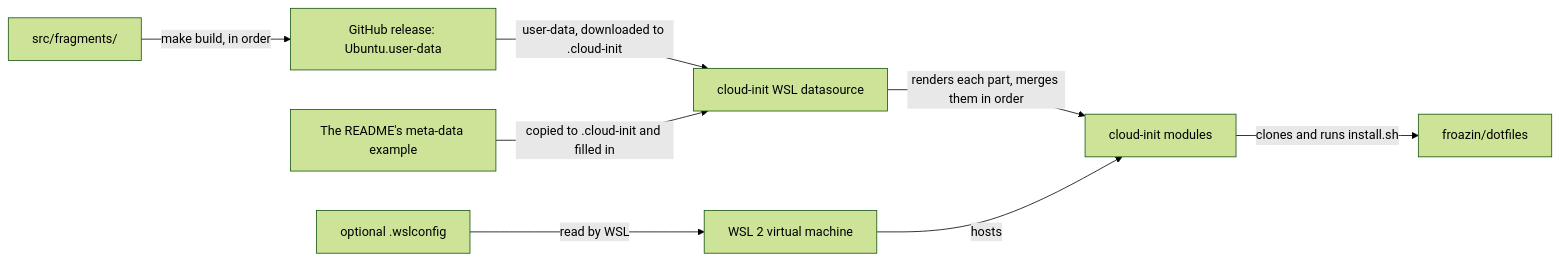
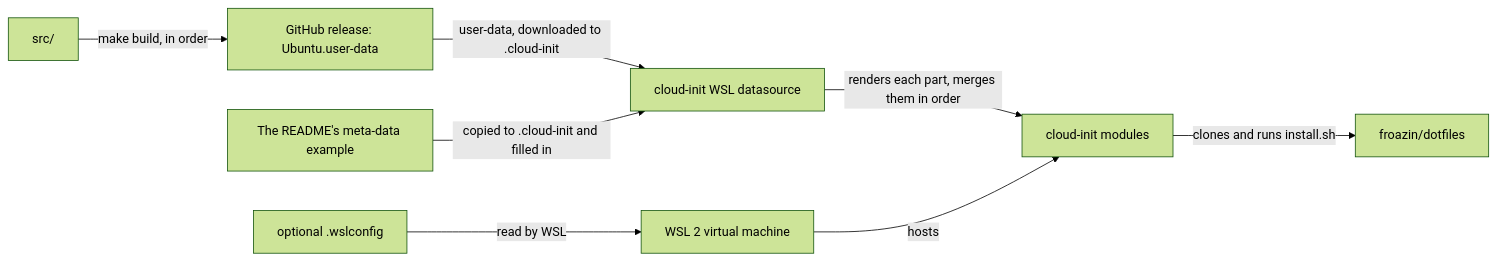
The diagram in README.md (froazin/wsl), drawn with Mermaid (forest theme) before and after one commit. The commit also changed other lines of this file and 26 other files, not shown here.

````diff
--- a/README.md
+++ b/README.md
@@ -183,12 +170,12 @@
 ```mermaid
 flowchart LR
     accTitle: How the files reach the instance
     accDescr: make build joins the fragments, in order, into one MIME user-data, and the release workflow publishes it. You download it into your Windows profile, and write the meta-data beside it from the README's example. cloud-init's WSL datasource reads them, renders each part's Jinja with the meta-data, merges the parts in order and runs the cloud-config, which installs the dotfiles for the user and for root. WSL reads the optional .wslconfig.
-    parts["src/fragments/"] -->|"make build, in order"| release["GitHub release: Ubuntu.user-data"]
+    parts["src/"] -->|"make build, in order"| release["GitHub release: Ubuntu.user-data"]
     release -->|"user-data, downloaded to .cloud-init"| ds["cloud-init WSL datasource"]
     example["The README's meta-data example"] -->|"copied to .cloud-init and filled in"| ds
     ds -->|"renders each part, merges them in order"| modules["cloud-init modules"]
     wslconfig["optional .wslconfig"] -->|"read by WSL"| vm["WSL 2 virtual machine"]
     vm -->|hosts| modules
     modules -->|"clones and runs install.sh"| dotfiles["froazin/dotfiles"]
 ```
````
